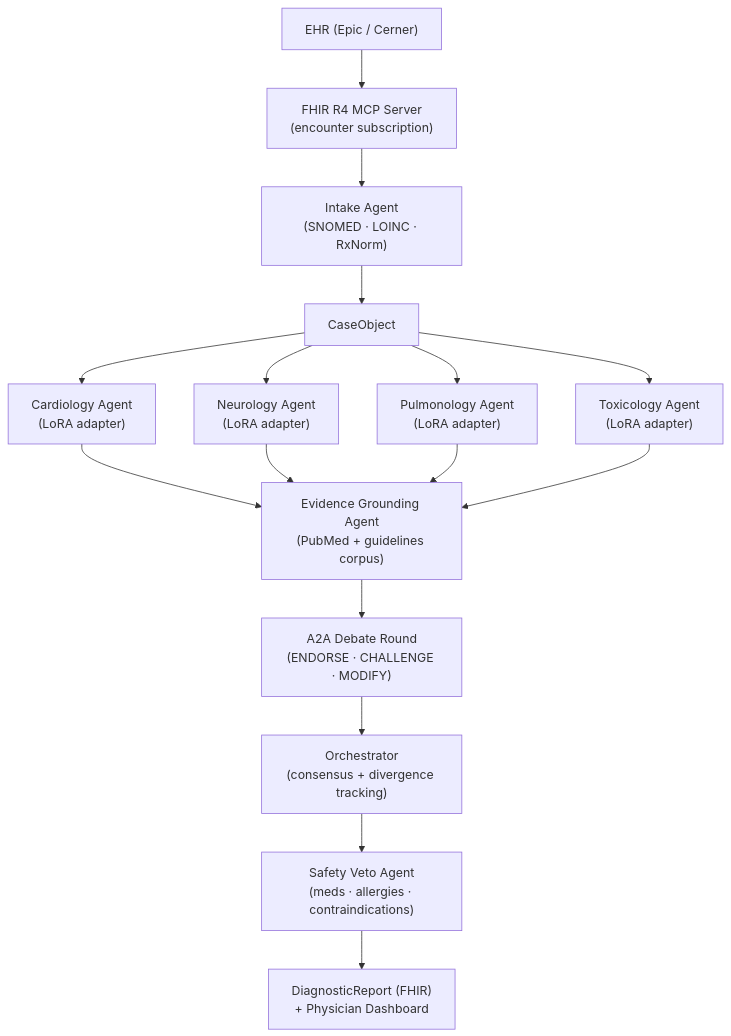
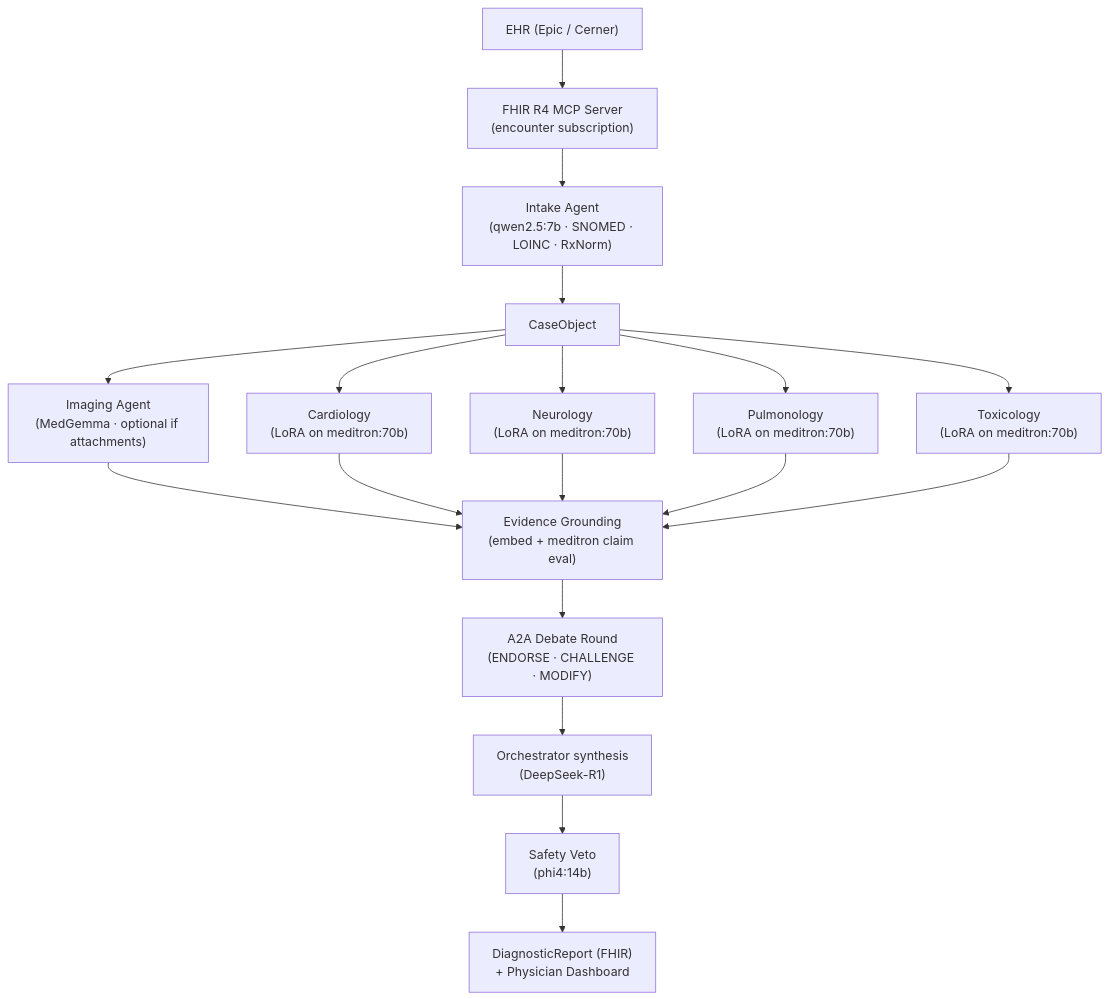
Before and after one commit to noahvar15/shadi: the diagram in README.md, drawn with Mermaid. The commit also changed other lines of this file and 2 other files, not shown here.

First line of the commit message:
docs: align architecture docs with four LoRA specialists

````diff
--- a/README.md
+++ b/README.md
@@ -17,23 +21,27 @@
 ```mermaid
 flowchart TD
     EHR["EHR (Epic / Cerner)"]
     MCP["FHIR R4 MCP Server\n(encounter subscription)"]
-    Intake["Intake Agent\n(SNOMED · LOINC · RxNorm)"]
+    Intake["Intake Agent\n(qwen2.5:7b · SNOMED · LOINC · RxNorm)"]
     CaseObj["CaseObject"]
 
-    Cardio["Cardiology Agent\n(LoRA adapter)"]
-    Neuro["Neurology Agent\n(LoRA adapter)"]
-    Pulm["Pulmonology Agent\n(LoRA adapter)"]
-    Tox["Toxicology Agent\n(LoRA adapter)"]
+    Img["Imaging Agent\n(MedGemma · optional if attachments)"]
 
-    Evidence["Evidence Grounding Agent\n(PubMed + guidelines corpus)"]
+    Cardio["Cardiology\n(LoRA on meditron:70b)"]
+    Neuro["Neurology\n(LoRA on meditron:70b)"]
+    Pulm["Pulmonology\n(LoRA on meditron:70b)"]
+    Tox["Toxicology\n(LoRA on meditron:70b)"]
+
+    Evidence["Evidence Grounding\n(embed + meditron claim eval)"]
     Debate["A2A Debate Round\n(ENDORSE · CHALLENGE · MODIFY)"]
-    Orchestrator["Orchestrator\n(consensus + divergence tracking)"]
-    Veto["Safety Veto Agent\n(meds · allergies · contraindications)"]
+    Orchestrator["Orchestrator synthesis\n(DeepSeek-R1)"]
+    Veto["Safety Veto\n(phi4:14b)"]
     Output["DiagnosticReport (FHIR)\n+ Physician Dashboard"]
 
     EHR --> MCP --> Intake --> CaseObj
+    CaseObj --> Img
     CaseObj --> Cardio & Neuro & Pulm & Tox
+    Img --> Evidence
     Cardio & Neuro & Pulm & Tox --> Evidence
     Evidence --> Debate --> Orchestrator --> Veto --> Output
 ```
````
